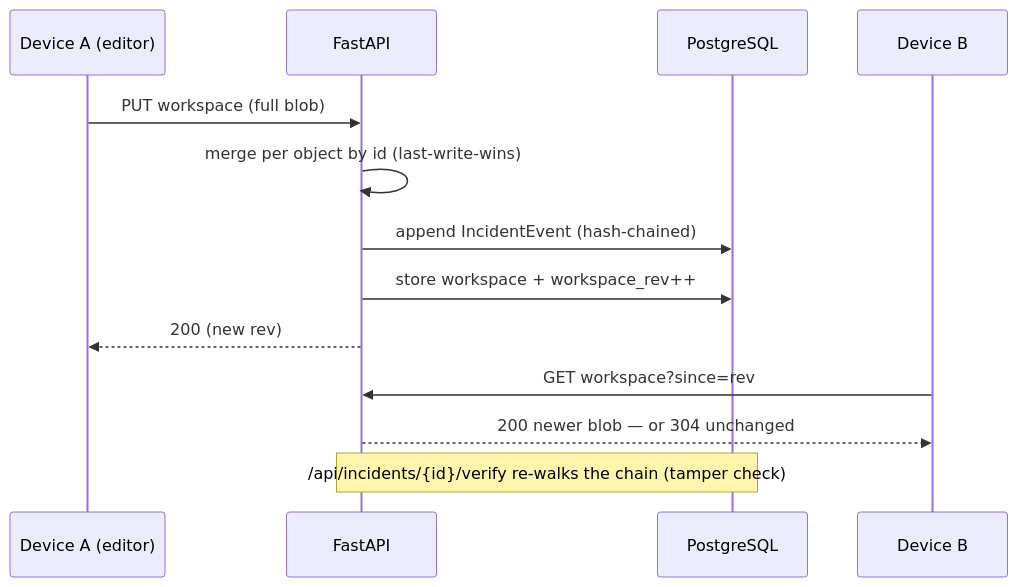
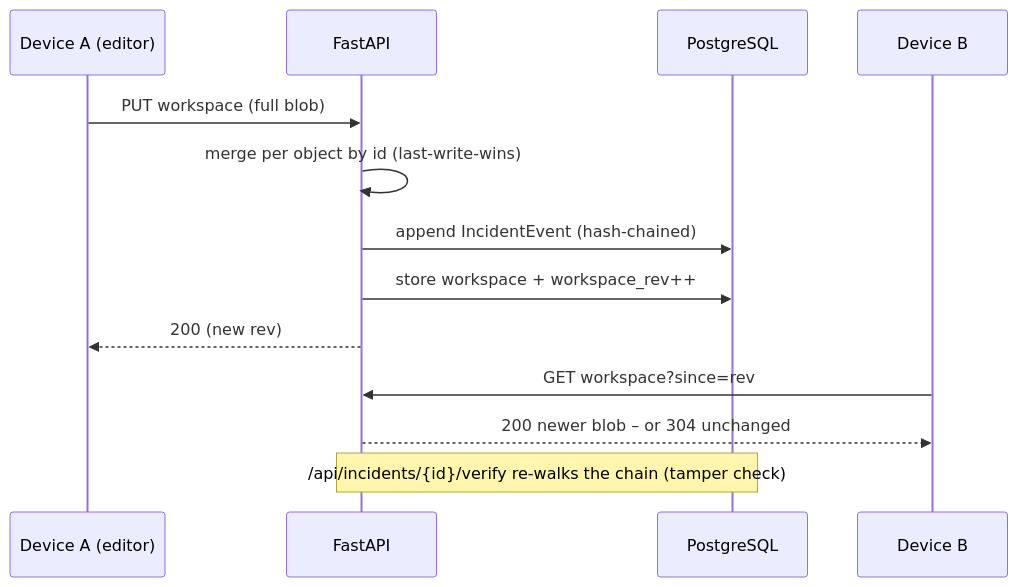
The fourth of 5 diagrams in docs/ARCHITECTURE.md (feuerwehr-oberwil/kp-front), drawn with Mermaid before and after one commit. The commit also changed other lines of this file and 21 other files, not shown here.

````diff
--- a/docs/ARCHITECTURE.md
+++ b/docs/ARCHITECTURE.md
@@ -132,15 +132,15 @@
 ```mermaid
 sequenceDiagram
   participant A as Device A (editor)
   participant API as FastAPI
   participant DB as PostgreSQL
   participant B as Device B
   A->>API: PUT workspace (full blob)
   API->>API: merge per object by id (last-write-wins)
   API->>DB: append IncidentEvent (hash-chained)
   API->>DB: store workspace + workspace_rev++
   API-->>A: 200 (new rev)
   B->>API: GET workspace?since=rev
-  API-->>B: 200 newer blob — or 304 unchanged
+  API-->>B: 200 newer blob – or 304 unchanged
   Note over API,DB: /api/incidents/{id}/verify re-walks the chain (tamper check)
 ```
````
